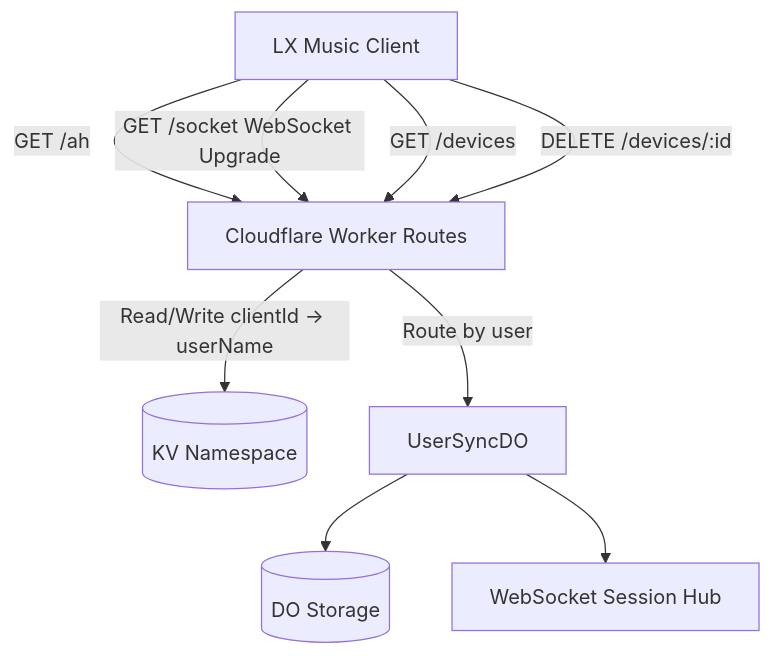
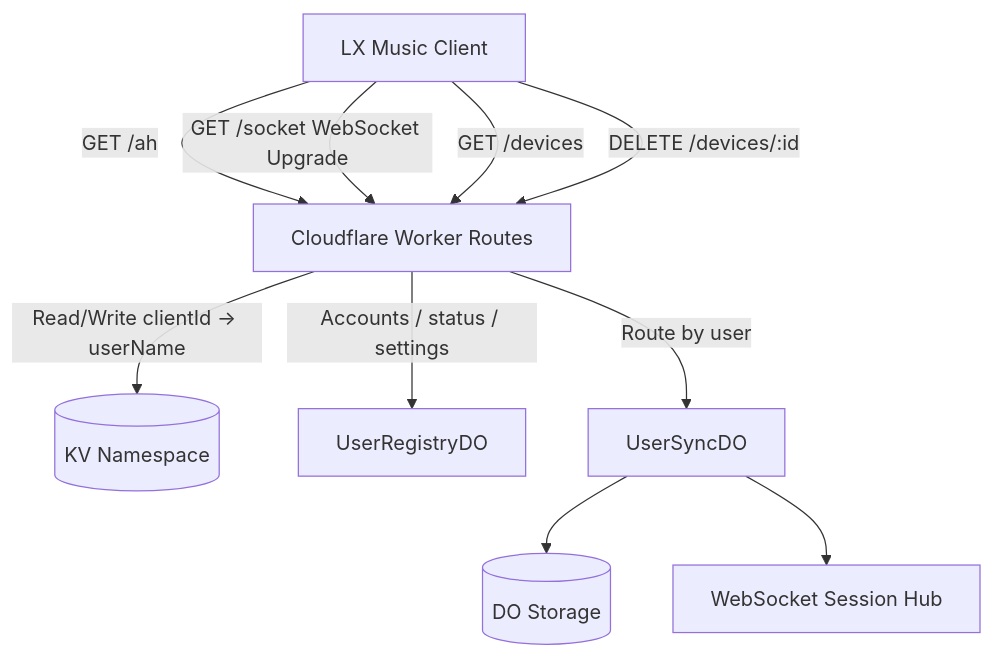
One commit to WorkerHub/lx-music-server changed the diagram in README.en.md. Above: the diagram before and after it, drawn with Mermaid. The commit also changed other lines of this file and 25 other files, not shown here.

````diff
--- a/README.en.md
+++ b/README.en.md
@@ -205,11 +240,12 @@
 ```mermaid
 flowchart TD
    A[LX Music Client] -->|GET /ah| B[Cloudflare Worker Routes]
    A -->|GET /socket WebSocket Upgrade| B
    A -->|GET /devices| B
    A -->|DELETE /devices/:id| B
    B -->|Read/Write clientId -> userName| C[(KV Namespace)]
+   B -->|Accounts / status / settings| G[UserRegistryDO]
    B -->|Route by user| D[UserSyncDO]
    D --> E[(DO Storage)]
    D --> F[WebSocket Session Hub]
 ```
````
